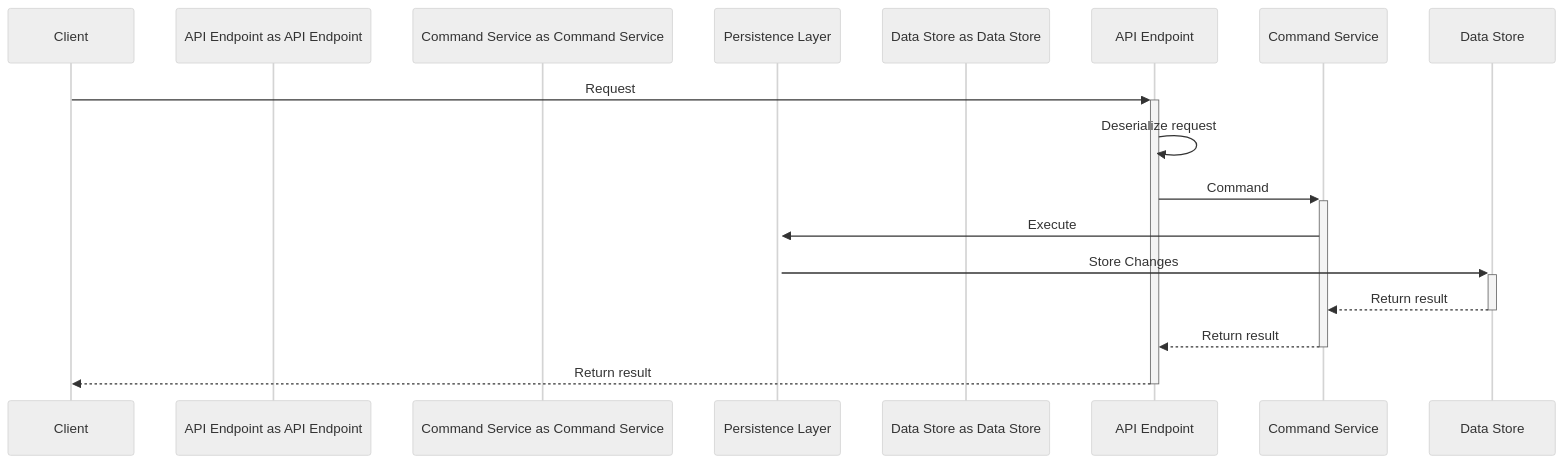
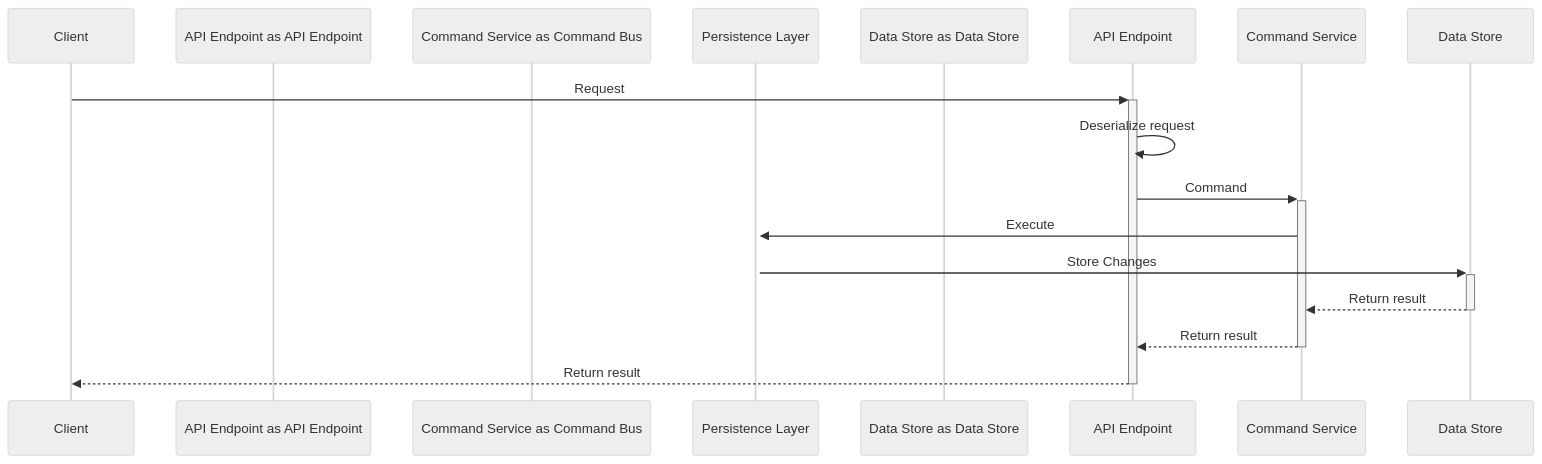
One commit to RCommon-Team/rcommon-docs changed the diagram in topics/patterns/cqrs/commands.md. Above: the diagram before and after it, drawn with Mermaid (neutral theme). The commit also changed other lines of this file and 11 other files, not shown here.

````diff
--- a/topics/patterns/cqrs/commands.md
+++ b/topics/patterns/cqrs/commands.md
@@ -9,18 +11,18 @@
 ```mermaid
 sequenceDiagram
   participant Client as Client
   participant API Endpoint as API Endpoint
-  participant Command Service as Command Service
+  participant Command Service as Command Bus
   participant Persistence as Persistence Layer
   participant Data Store as Data Store
 
   Client ->>+ API Endpoint: Request
   API Endpoint ->> API Endpoint: Deserialize request
   API Endpoint ->>+ Command Service: Command
   Command Service ->>+ Persistence: Execute
    Persistence ->>+ Data Store: Store Changes
   Data Store -->>- Command Service: Return result
   Command Service -->>- API Endpoint: Return result
   API Endpoint -->>- Client: Return result
 
 ```
````
